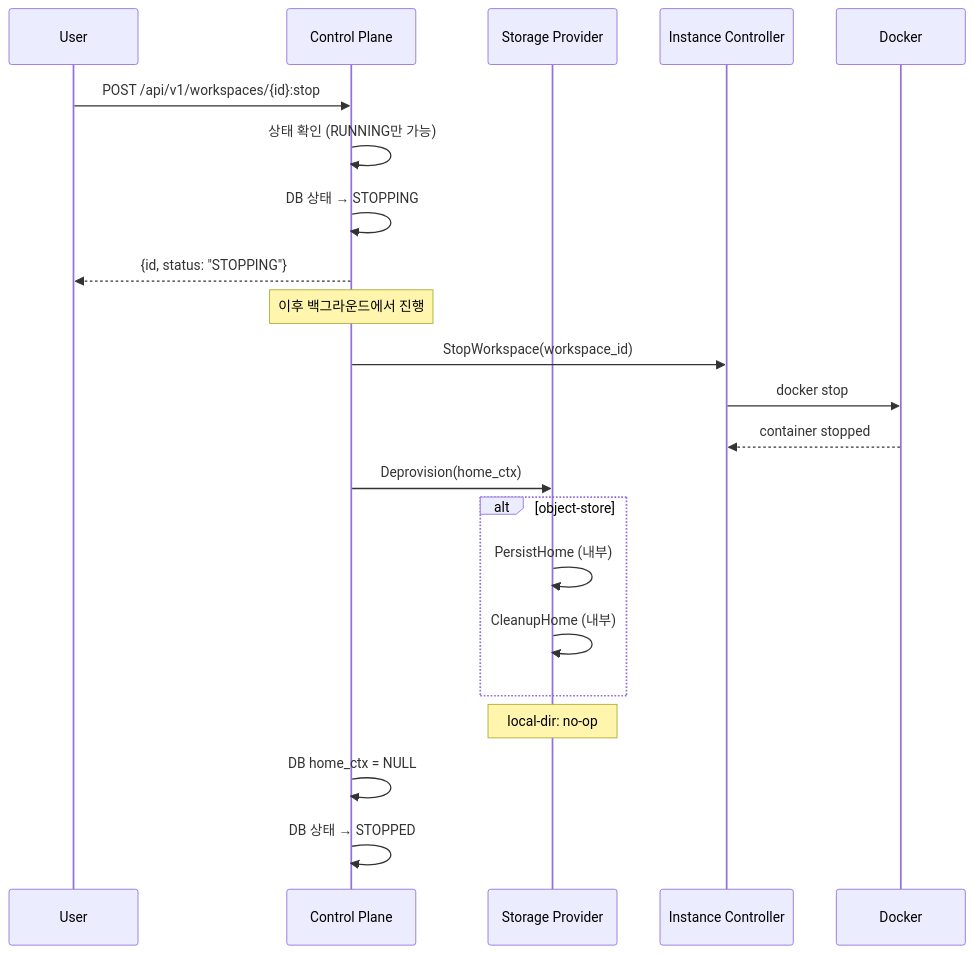
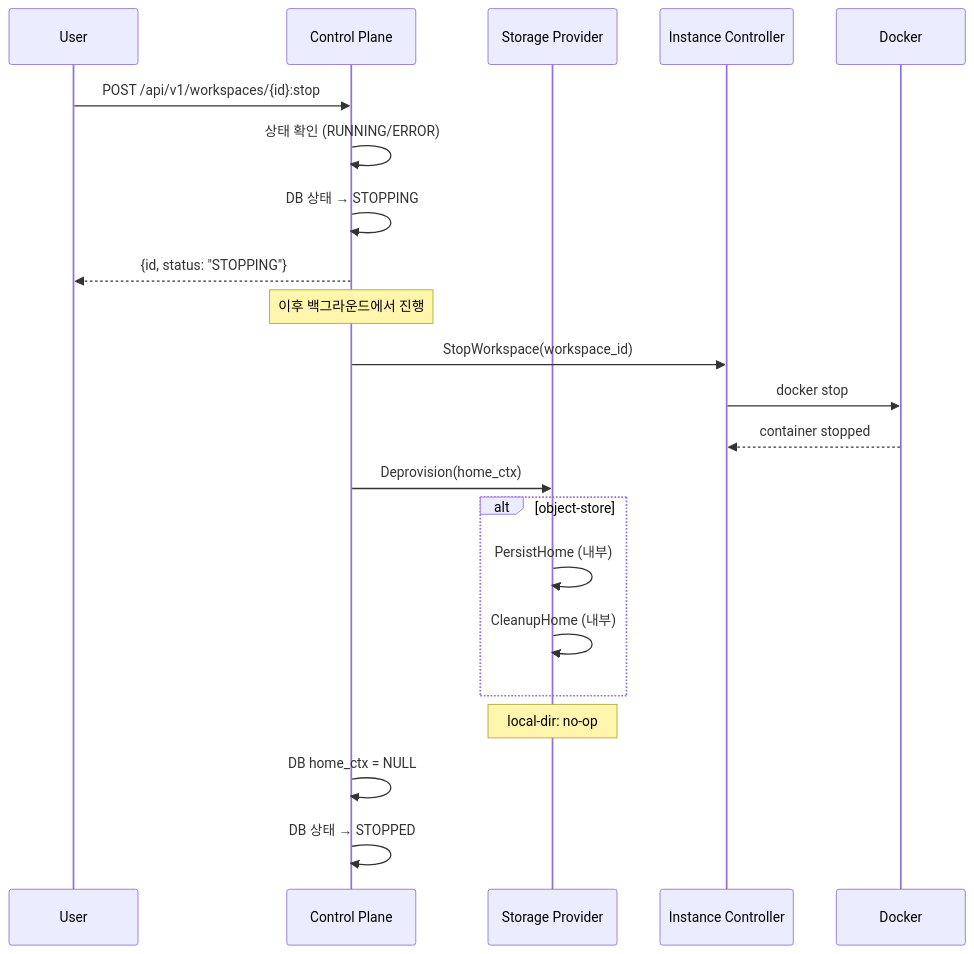
The fifth of 11 diagrams in docs/architecture.md (cagojeiger/code-hub), drawn with Mermaid before and after one commit.

Commit message:
docs: fix StopWorkspace sequence diagram state check
Update StopWorkspace sequence diagram to show correct allowed states
(RUNNING/ERROR) instead of (RUNNING only), aligning with spec.md
and state matrix.

🤖 Generated with [Claude Code](https://claude.com/claude-code)

````diff
--- a/docs/architecture.md
+++ b/docs/architecture.md
@@ -134,31 +134,31 @@
 ```mermaid
 sequenceDiagram
     participant U as User
     participant CP as Control Plane
     participant SP as Storage Provider
     participant IC as Instance Controller
     participant D as Docker
 
     U->>CP: POST /api/v1/workspaces/{id}:stop
-    CP->>CP: 상태 확인 (RUNNING만 가능)
+    CP->>CP: 상태 확인 (RUNNING/ERROR)
     CP->>CP: DB 상태 → STOPPING
     CP-->>U: {id, status: "STOPPING"}
 
     Note over CP: 이후 백그라운드에서 진행
 
     CP->>IC: StopWorkspace(workspace_id)
     IC->>D: docker stop
     D-->>IC: container stopped
 
     CP->>SP: Deprovision(home_ctx)
 
     alt object-store
         SP->>SP: PersistHome (내부)
         SP->>SP: CleanupHome (내부)
     end
 
     Note over SP: local-dir: no-op
 
     CP->>CP: DB home_ctx = NULL
     CP->>CP: DB 상태 → STOPPED
 ```
````
